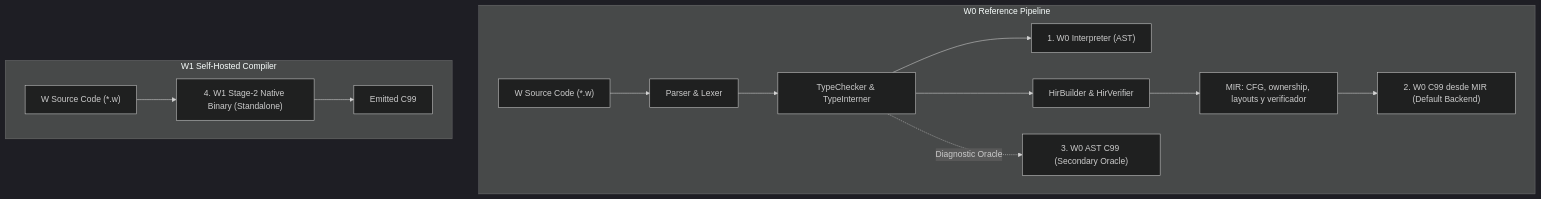
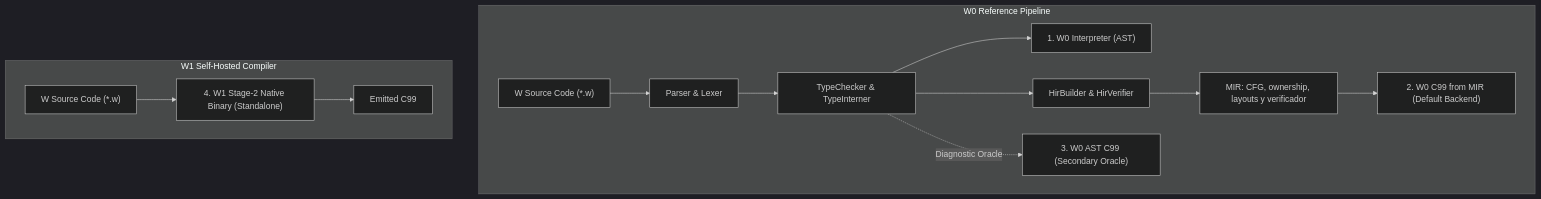
One commit to WashingtonYandun/W changed the diagram in docs/ENGINE_PARITY_MATRIX.md. Above: the diagram before and after it, drawn with Mermaid (dark theme).

Commit message:
docs: translate MIR backend label

````diff
--- a/docs/ENGINE_PARITY_MATRIX.md
+++ b/docs/ENGINE_PARITY_MATRIX.md
@@ -11,17 +11,17 @@
 ```mermaid
 flowchart TD
     subgraph W0 Reference Pipeline [W0 Reference Pipeline]
         SRC["W Source Code (*.w)"] --> P["Parser & Lexer"]
         P --> TC["TypeChecker & TypeInterner"]
         TC --> INTERP["1. W0 Interpreter (AST)"]
         TC --> HIR["HirBuilder & HirVerifier"]
         HIR --> MIR["MIR: CFG, ownership, layouts y verificador"]
-        MIR --> HIR_C["2. W0 C99 desde MIR (Default Backend)"]
+        MIR --> HIR_C["2. W0 C99 from MIR (Default Backend)"]
         TC -.->|Diagnostic Oracle| AST_C["3. W0 AST C99 (Secondary Oracle)"]
     end
 
     subgraph W1 Self-Hosted Pipeline [W1 Self-Hosted Compiler]
         SRC2["W Source Code (*.w)"] --> W1_BIN["4. W1 Stage-2 Native Binary (Standalone)"]
         W1_BIN --> NATIVE_C["Emitted C99"]
     end
 ```
````
